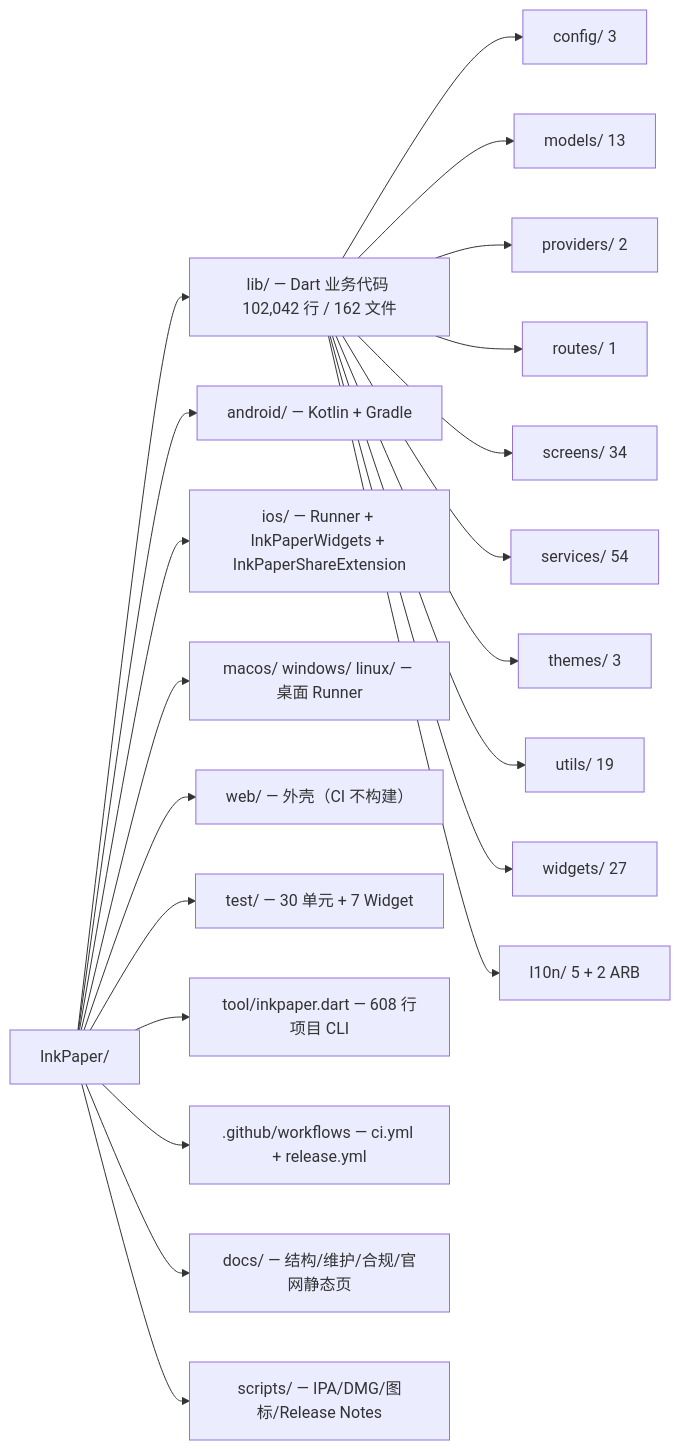
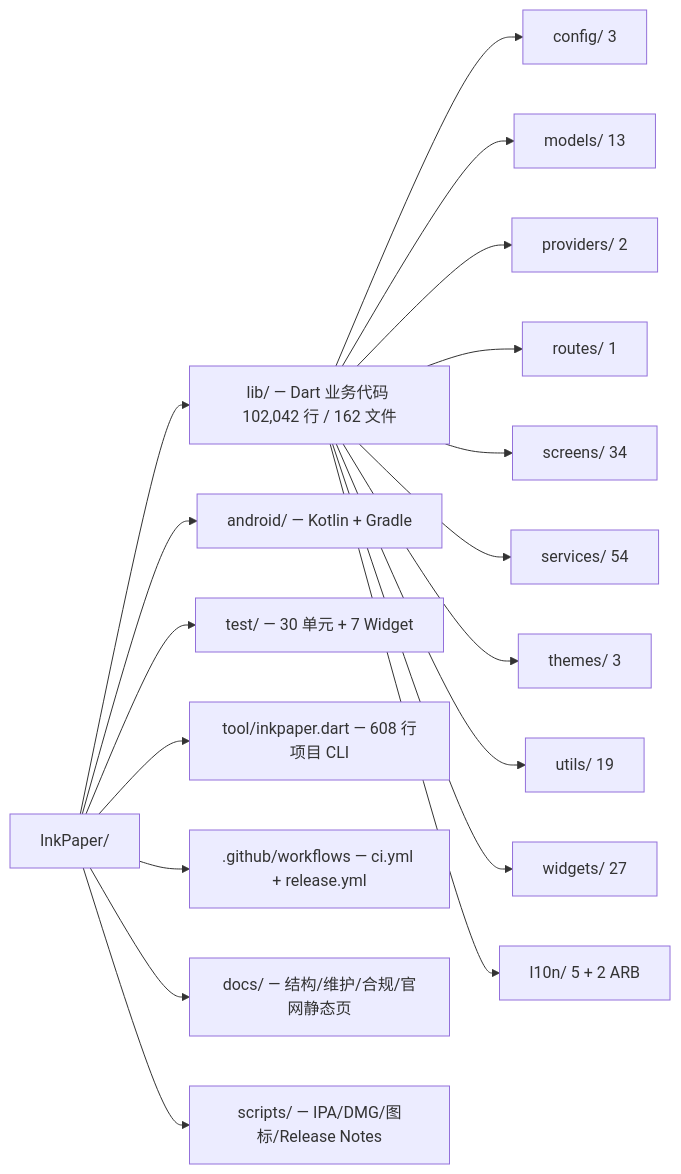
One commit to liudengxing/InkPaper changed the second of 10 diagrams in docs/architecture/ARCHITECTURE_OVERVIEW.md. Above: the diagram before and after it, drawn with Mermaid. The commit also changed other lines of this file and 269 other files, not shown here.

````diff
--- a/docs/architecture/ARCHITECTURE_OVERVIEW.md
+++ b/docs/architecture/ARCHITECTURE_OVERVIEW.md
@@ -119,24 +119,21 @@
 ```mermaid
 flowchart LR
     ROOT["InkPaper/"] --> LIB["lib/ — Dart 业务代码 102,042 行 / 162 文件"]
     ROOT --> AND["android/ — Kotlin + Gradle"]
-    ROOT --> IOS["ios/ — Runner + InkPaperWidgets + InkPaperShareExtension"]
-    ROOT --> DESK["macos/ windows/ linux/ — 桌面 Runner"]
-    ROOT --> WEB["web/ — 外壳（CI 不构建）"]
     ROOT --> TST["test/ — 30 单元 + 7 Widget"]
     ROOT --> TOOL["tool/inkpaper.dart — 608 行项目 CLI"]
     ROOT --> CI[".github/workflows — ci.yml + release.yml"]
     ROOT --> DOCS["docs/ — 结构/维护/合规/官网静态页"]
     ROOT --> SCR["scripts/ — IPA/DMG/图标/Release Notes"]
 
     LIB --> L1["config/ 3"]
     LIB --> L2["models/ 13"]
     LIB --> L3["providers/ 2"]
     LIB --> L4["routes/ 1"]
     LIB --> L5["screens/ 34"]
     LIB --> L6["services/ 54"]
     LIB --> L7["themes/ 3"]
     LIB --> L8["utils/ 19"]
     LIB --> L9["widgets/ 27"]
     LIB --> L10["l10n/ 5 + 2 ARB"]
 ```
````
